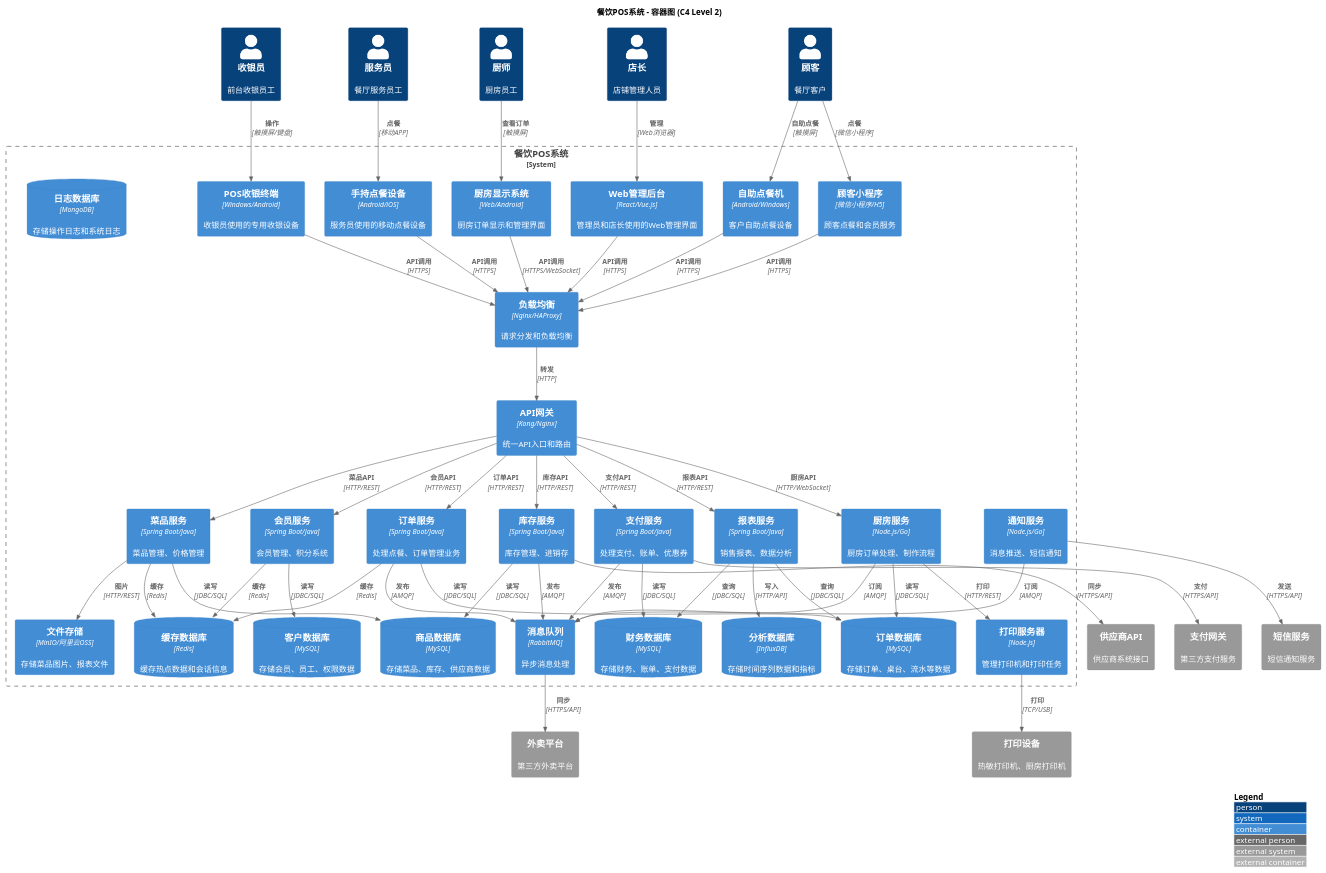
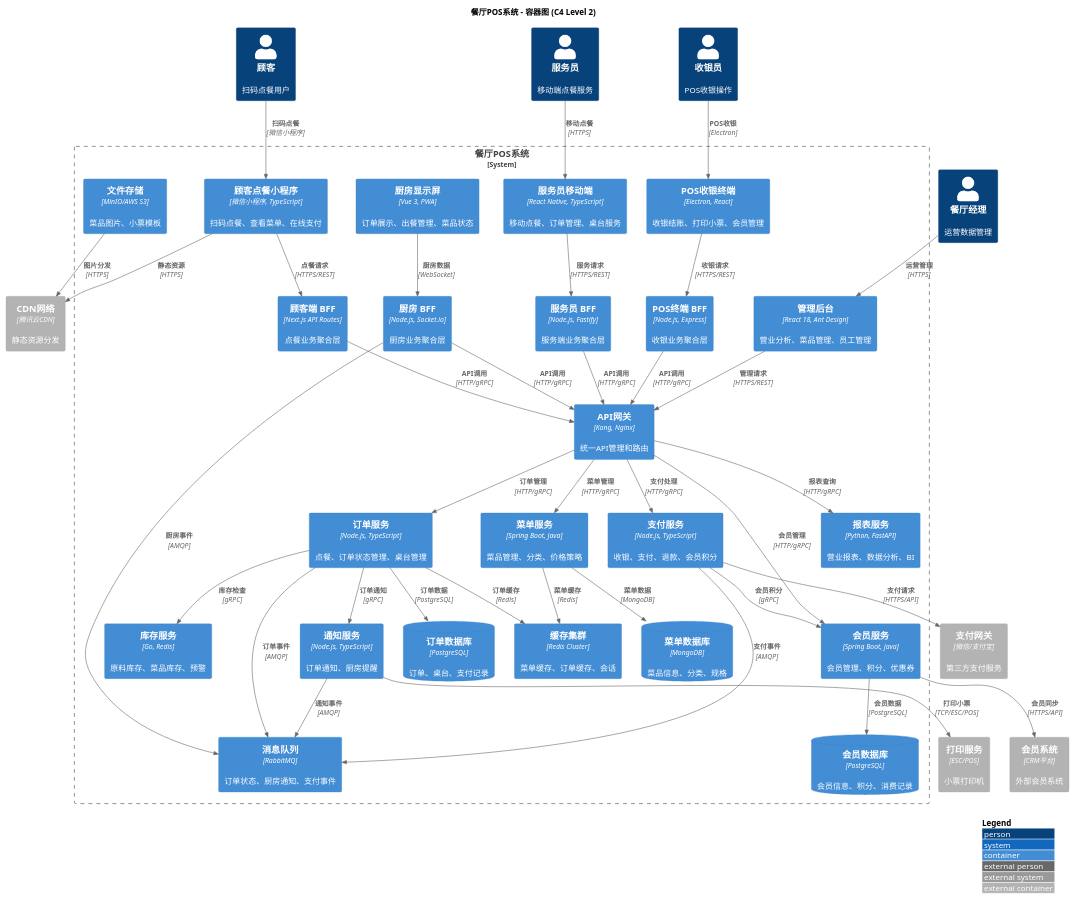
The diagram in restaurant-pos/restaurant-pos-c4-container.puml (felixzhu97/system-design), drawn with PlantUML before and after one commit. The commit also changed 13 other files, not shown here.

First line of the commit message:
refactor: Update system design diagrams with enhanced API and architecture details

```diff
--- a/restaurant-pos/restaurant-pos-c4-container.puml
+++ b/restaurant-pos/restaurant-pos-c4-container.puml
@@ -1,110 +1,90 @@
 @startuml
 !include https://raw.githubusercontent.com/plantuml-stdlib/C4-PlantUML/master/C4_Container.puml
 
-title 餐饮POS系统 - 容器图 (C4 Level 2)
+title 餐厅POS系统 - 容器图 (C4 Level 2)
 
 LAYOUT_WITH_LEGEND()
 
-Person(cashier, "收银员", "前台收银员工")
-Person(waiter, "服务员", "餐厅服务员工")
-Person(chef, "厨师", "厨房员工")
-Person(manager, "店长", "店铺管理人员")
-Person(customer, "顾客", "餐厅客户")
+Person(customer, "顾客", "扫码点餐用户")
+Person(waiter, "服务员", "移动端点餐服务")
+Person(cashier, "收银员", "POS收银操作")
+Person(manager, "餐厅经理", "运营数据管理")
 
-System_Boundary(c1, "餐饮POS系统") {
-    Container(posTerminal, "POS收银终端", "Windows/Android", "收银员使用的专用收银设备")
-    Container(handheldDevice, "手持点餐设备", "Android/iOS", "服务员使用的移动点餐设备")
-    Container(kitchenDisplay, "厨房显示系统", "Web/Android", "厨房订单显示和管理界面")
-    Container(selfOrderKiosk, "自助点餐机", "Android/Windows", "客户自助点餐设备")
-    Container(webAdmin, "Web管理后台", "React/Vue.js", "管理员和店长使用的Web管理界面")
-    Container(customerApp, "顾客小程序", "微信小程序/H5", "顾客点餐和会员服务")
+System_Boundary(c1, "餐厅POS系统") {
+    Container(customerApp, "顾客点餐小程序", "微信小程序, TypeScript", "扫码点餐、查看菜单、在线支付")
+    Container(waiterApp, "服务员移动端", "React Native, TypeScript", "移动点餐、订单管理、桌台服务")
+    Container(posTerminal, "POS收银终端", "Electron, React", "收银结账、打印小票、会员管理")
+    Container(kitchenDisplay, "厨房显示屏", "Vue 3, PWA", "订单展示、出餐管理、菜品状态")
+    Container(managerPortal, "管理后台", "React 18, Ant Design", "营业分析、菜品管理、员工管理")
     
-    Container(apiGateway, "API网关", "Kong/Nginx", "统一API入口和路由")
-    Container(loadBalancer, "负载均衡", "Nginx/HAProxy", "请求分发和负载均衡")
+    Container(customerBFF, "顾客端 BFF", "Next.js API Routes", "点餐业务聚合层")
+    Container(waiterBFF, "服务员 BFF", "Node.js, Fastify", "服务端业务聚合层")
+    Container(posBFF, "POS终端 BFF", "Node.js, Express", "收银业务聚合层")
+    Container(kitchenBFF, "厨房 BFF", "Node.js, Socket.io", "厨房业务聚合层")
     
-    Container(orderService, "订单服务", "Spring Boot/Java", "处理点餐、订单管理业务")
-    Container(paymentService, "支付服务", "Spring Boot/Java", "处理支付、账单、优惠券")
-    Container(menuService, "菜品服务", "Spring Boot/Java", "菜品管理、价格管理")
-    Container(inventoryService, "库存服务", "Spring Boot/Java", "库存管理、进销存")
-    Container(customerService, "会员服务", "Spring Boot/Java", "会员管理、积分系统")
-    Container(reportService, "报表服务", "Spring Boot/Java", "销售报表、数据分析")
-    Container(kitchenService, "厨房服务", "Node.js/Go", "厨房订单处理、制作流程")
-    Container(notificationService, "通知服务", "Node.js/Go", "消息推送、短信通知")
+    Container(apiGateway, "API网关", "Kong, Nginx", "统一API管理和路由")
+    Container(orderService, "订单服务", "Node.js, TypeScript", "点餐、订单状态管理、桌台管理")
+    Container(menuService, "菜单服务", "Spring Boot, Java", "菜品管理、分类、价格策略")
+    Container(paymentService, "支付服务", "Node.js, TypeScript", "收银、支付、退款、会员积分")
+    Container(memberService, "会员服务", "Spring Boot, Java", "会员管理、积分、优惠券")
+    Container(inventoryService, "库存服务", "Go, Redis", "原料库存、菜品库存、预警")
+    Container(reportService, "报表服务", "Python, FastAPI", "营业报表、数据分析、BI")
+    Container(notificationService, "通知服务", "Node.js, TypeScript", "订单通知、厨房提醒")
     
-    ContainerDb(orderDb, "订单数据库", "MySQL", "存储订单、桌台、流水等数据")
-    ContainerDb(productDb, "商品数据库", "MySQL", "存储菜品、库存、供应商数据")
-    ContainerDb(customerDb, "客户数据库", "MySQL", "存储会员、员工、权限数据")
-    ContainerDb(financeDb, "财务数据库", "MySQL", "存储财务、账单、支付数据")
-    ContainerDb(cacheDb, "缓存数据库", "Redis", "缓存热点数据和会话信息")
-    ContainerDb(logDb, "日志数据库", "MongoDB", "存储操作日志和系统日志")
-    ContainerDb(analyticsDb, "分析数据库", "InfluxDB", "存储时间序列数据和指标")
-    
-    Container(messageQueue, "消息队列", "RabbitMQ", "异步消息处理")
-    Container(fileStorage, "文件存储", "MinIO/阿里云OSS", "存储菜品图片、报表文件")
-    Container(printServer, "打印服务器", "Node.js", "管理打印机和打印任务")
+    ContainerDb(orderDb, "订单数据库", "PostgreSQL", "订单、桌台、支付记录")
+    ContainerDb(menuDb, "菜单数据库", "MongoDB", "菜品信息、分类、规格")
+    ContainerDb(memberDb, "会员数据库", "PostgreSQL", "会员信息、积分、消费记录")
+    Container(redisCache, "缓存集群", "Redis Cluster", "菜单缓存、订单缓存、会话")
+    Container(messageQueue, "消息队列", "RabbitMQ", "订单状态、厨房通知、支付事件")
+    Container(fileStorage, "文件存储", "MinIO/AWS S3", "菜品图片、小票模板")
 }
 
-System_Ext(paymentGateway, "支付网关", "第三方支付服务")
-System_Ext(smsService, "短信服务", "短信通知服务")
-System_Ext(deliveryPlatform, "外卖平台", "第三方外卖平台")
-System_Ext(supplierApi, "供应商API", "供应商系统接口")
-System_Ext(printers, "打印设备", "热敏打印机、厨房打印机")
+Container_Ext(paymentGateway, "支付网关", "微信/支付宝", "第三方支付服务")
+Container_Ext(printerService, "打印服务", "ESC/POS", "小票打印机")
+Container_Ext(membershipSystem, "会员系统", "CRM平台", "外部会员系统")
+Container_Ext(cdnNetwork, "CDN网络", "腾讯云CDN", "静态资源分发")
 
-Rel(cashier, posTerminal, "操作", "触摸屏/键盘")
-Rel(waiter, handheldDevice, "点餐", "移动APP")
-Rel(chef, kitchenDisplay, "查看订单", "触摸屏")
-Rel(manager, webAdmin, "管理", "Web浏览器")
-Rel(customer, selfOrderKiosk, "自助点餐", "触摸屏")
-Rel(customer, customerApp, "点餐", "微信小程序")
+Rel(customer, customerApp, "扫码点餐", "微信小程序")
+Rel(waiter, waiterApp, "移动点餐", "HTTPS")
+Rel(cashier, posTerminal, "POS收银", "Electron")
+Rel(manager, managerPortal, "运营管理", "HTTPS")
 
-Rel(posTerminal, loadBalancer, "API调用", "HTTPS")
-Rel(handheldDevice, loadBalancer, "API调用", "HTTPS")
-Rel(kitchenDisplay, loadBalancer, "API调用", "HTTPS/WebSocket")
-Rel(selfOrderKiosk, loadBalancer, "API调用", "HTTPS")
-Rel(webAdmin, loadBalancer, "API调用", "HTTPS")
-Rel(customerApp, loadBalancer, "API调用", "HTTPS")
+Rel(customerApp, customerBFF, "点餐请求", "HTTPS/REST")
+Rel(waiterApp, waiterBFF, "服务请求", "HTTPS/REST")
+Rel(posTerminal, posBFF, "收银请求", "HTTPS/REST")
+Rel(kitchenDisplay, kitchenBFF, "厨房数据", "WebSocket")
+Rel(managerPortal, apiGateway, "管理请求", "HTTPS/REST")
 
-Rel(loadBalancer, apiGateway, "转发", "HTTP")
+Rel(customerBFF, apiGateway, "API调用", "HTTP/gRPC")
+Rel(waiterBFF, apiGateway, "API调用", "HTTP/gRPC")
+Rel(posBFF, apiGateway, "API调用", "HTTP/gRPC")
+Rel(kitchenBFF, apiGateway, "API调用", "HTTP/gRPC")
 
-Rel(apiGateway, orderService, "订单API", "HTTP/REST")
-Rel(apiGateway, paymentService, "支付API", "HTTP/REST")
-Rel(apiGateway, menuService, "菜品API", "HTTP/REST")
-Rel(apiGateway, inventoryService, "库存API", "HTTP/REST")
-Rel(apiGateway, customerService, "会员API", "HTTP/REST")
-Rel(apiGateway, reportService, "报表API", "HTTP/REST")
-Rel(apiGateway, kitchenService, "厨房API", "HTTP/WebSocket")
+Rel(apiGateway, orderService, "订单管理", "HTTP/gRPC")
+Rel(apiGateway, menuService, "菜单管理", "HTTP/gRPC")
+Rel(apiGateway, paymentService, "支付处理", "HTTP/gRPC")
+Rel(apiGateway, memberService, "会员管理", "HTTP/gRPC")
+Rel(apiGateway, reportService, "报表查询", "HTTP/gRPC")
 
-Rel(orderService, orderDb, "读写", "JDBC/SQL")
-Rel(orderService, cacheDb, "缓存", "Redis")
-Rel(orderService, messageQueue, "发布", "AMQP")
+Rel(orderService, inventoryService, "库存检查", "gRPC")
+Rel(paymentService, memberService, "会员积分", "gRPC")
+Rel(orderService, notificationService, "订单通知", "gRPC")
 
-Rel(paymentService, financeDb, "读写", "JDBC/SQL")
-Rel(paymentService, paymentGateway, "支付", "HTTPS/API")
-Rel(paymentService, messageQueue, "发布", "AMQP")
+Rel(orderService, orderDb, "订单数据", "PostgreSQL")
+Rel(menuService, menuDb, "菜单数据", "MongoDB")
+Rel(memberService, memberDb, "会员数据", "PostgreSQL")
+Rel(orderService, redisCache, "订单缓存", "Redis")
+Rel(menuService, redisCache, "菜单缓存", "Redis")
 
-Rel(menuService, productDb, "读写", "JDBC/SQL")
-Rel(menuService, cacheDb, "缓存", "Redis")
-Rel(menuService, fileStorage, "图片", "HTTP/REST")
+Rel(orderService, messageQueue, "订单事件", "AMQP")
+Rel(paymentService, messageQueue, "支付事件", "AMQP")
+Rel(notificationService, messageQueue, "通知事件", "AMQP")
+Rel(kitchenBFF, messageQueue, "厨房事件", "AMQP")
 
-Rel(inventoryService, productDb, "读写", "JDBC/SQL")
-Rel(inventoryService, supplierApi, "同步", "HTTPS/API")
-Rel(inventoryService, messageQueue, "发布", "AMQP")
-
-Rel(customerService, customerDb, "读写", "JDBC/SQL")
-Rel(customerService, cacheDb, "缓存", "Redis")
-
-Rel(reportService, orderDb, "查询", "JDBC/SQL")
-Rel(reportService, financeDb, "查询", "JDBC/SQL")
-Rel(reportService, analyticsDb, "写入", "HTTP/API")
-
-Rel(kitchenService, orderDb, "读写", "JDBC/SQL")
-Rel(kitchenService, messageQueue, "订阅", "AMQP")
-Rel(kitchenService, printServer, "打印", "HTTP/REST")
-
-Rel(notificationService, messageQueue, "订阅", "AMQP")
-Rel(notificationService, smsService, "发送", "HTTPS/API")
-
-Rel(messageQueue, deliveryPlatform, "同步", "HTTPS/API")
-Rel(printServer, printers, "打印", "TCP/USB")
+Rel(paymentService, paymentGateway, "支付请求", "HTTPS/API")
+Rel(notificationService, printerService, "打印小票", "TCP/ESC/POS")
+Rel(memberService, membershipSystem, "会员同步", "HTTPS/API")
+Rel(customerApp, cdnNetwork, "静态资源", "HTTPS")
+Rel(fileStorage, cdnNetwork, "图片分发", "HTTPS")
 
 @enduml 
```
